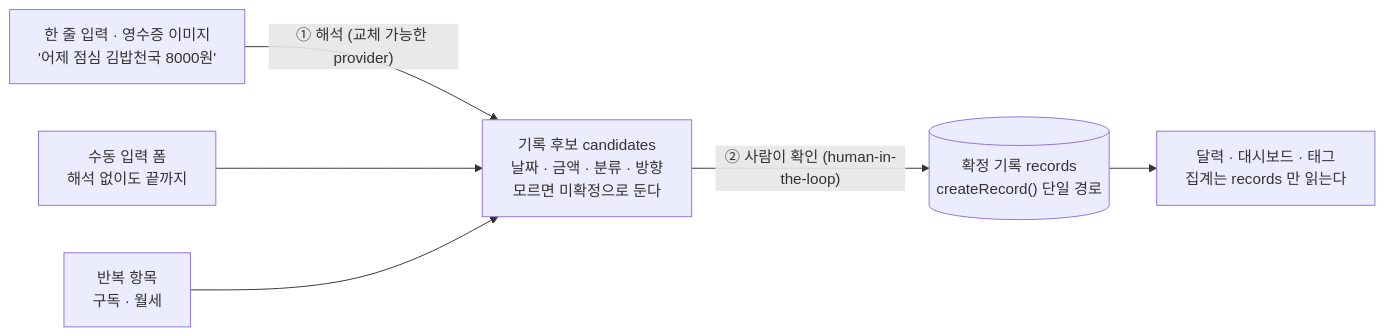
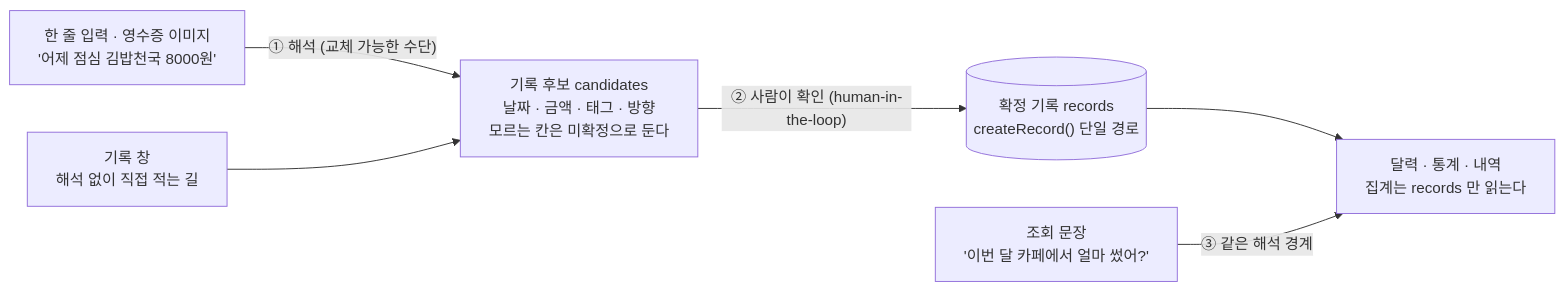
Before and after one commit to KSJ-w/hanjul-expense-tracker: the first of 4 diagrams in README.md, drawn with Mermaid. The commit also changed other lines of this file, not shown here.

````diff
--- a/README.md
+++ b/README.md
@@ -7,8 +7,8 @@
 ```mermaid
 flowchart LR
-    IN["한 줄 입력 · 영수증 이미지<br/>'어제 점심 김밥천국 8000원'"] -->|"① 해석 (교체 가능한 provider)"| C["기록 후보 candidates<br/>날짜 · 금액 · 분류 · 방향<br/>모르면 미확정으로 둔다"]
-    MAN["수동 입력 폼<br/>해석 없이도 끝까지"] --> C
-    REC["반복 항목<br/>구독 · 월세"] --> C
+    IN["한 줄 입력 · 영수증 이미지<br/>'어제 점심 김밥천국 8000원'"] -->|"① 해석 (교체 가능한 수단)"| C["기록 후보 candidates<br/>날짜 · 금액 · 태그 · 방향<br/>모르는 칸은 미확정으로 둔다"]
+    MAN["기록 창<br/>해석 없이 직접 적는 길"] --> C
     C -->|"② 사람이 확인 (human-in-the-loop)"| R[("확정 기록 records<br/>createRecord() 단일 경로")]
-    R --> V["달력 · 대시보드 · 태그<br/>집계는 records 만 읽는다"]
+    R --> V["달력 · 통계 · 내역<br/>집계는 records 만 읽는다"]
+    Q["조회 문장<br/>'이번 달 카페에서 얼마 썼어?'"] -->|"③ 같은 해석 경계"| V
 ```
````
